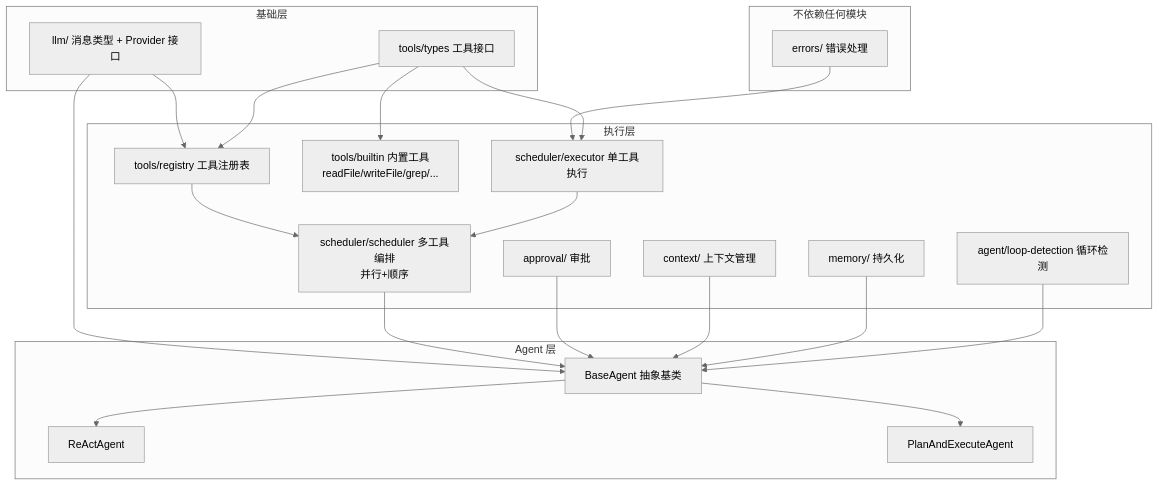
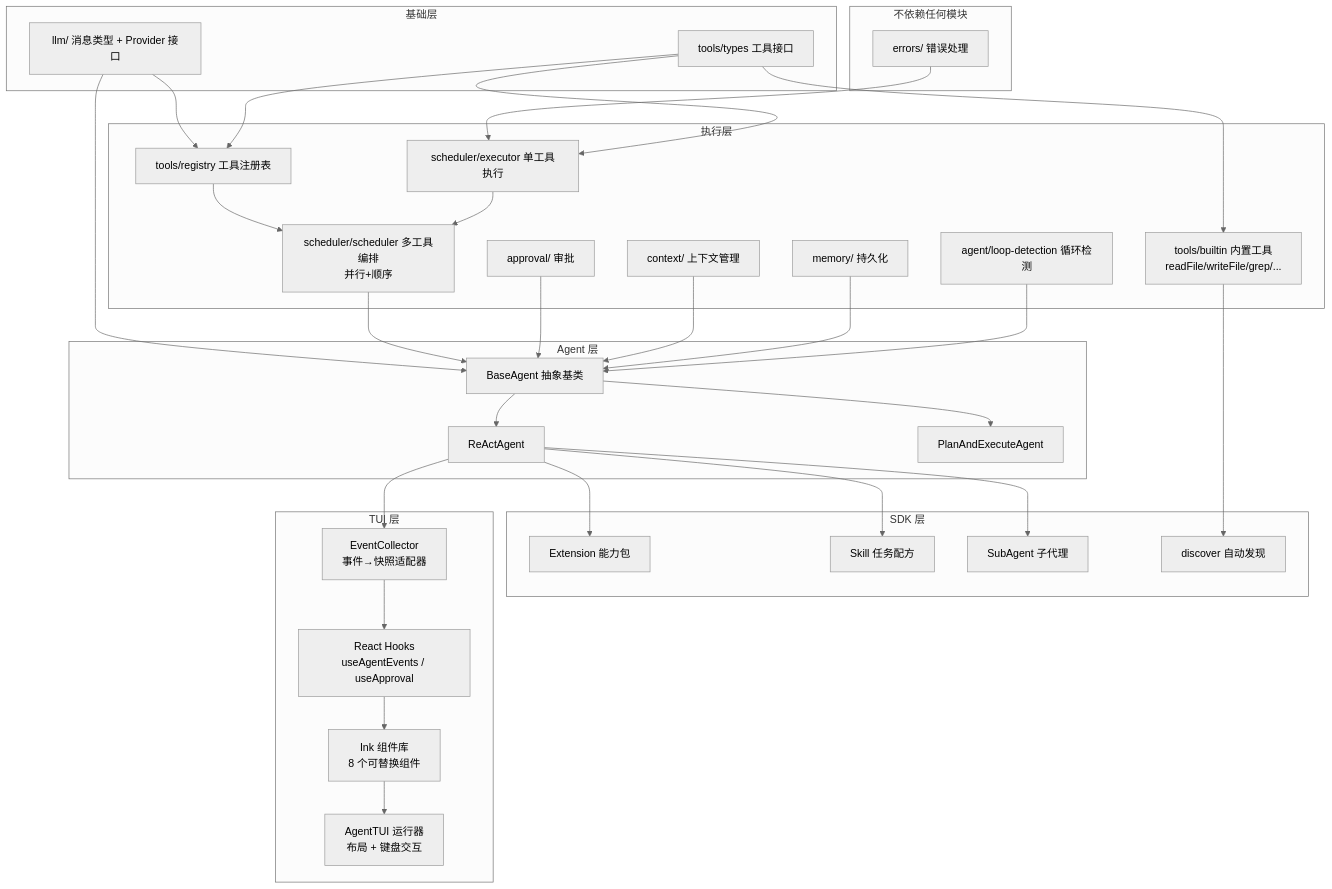
One commit to sssssssh/agent-tea changed the diagram in docs/01-overview.md. Above: the diagram before and after it, drawn with Mermaid (neutral theme). The commit also changed other lines of this file and 6 other files, not shown here.

Commit message:
docs: add TUI doc and update existing docs for TUI/SDK additions

````diff
--- a/docs/01-overview.md
+++ b/docs/01-overview.md
@@ -173,44 +213,68 @@
 ```mermaid
 graph TD
     subgraph 不依赖任何模块
         ERR[errors/ 错误处理]
     end
 
     subgraph 基础层
         LLM[llm/ 消息类型 + Provider 接口]
         TOOL_T[tools/types 工具接口]
     end
 
     subgraph 执行层
         REG[tools/registry 工具注册表]
         BUILTIN[tools/builtin 内置工具<br/>readFile/writeFile/grep/...]
         EXEC[scheduler/executor 单工具执行]
         SCHED[scheduler/scheduler 多工具编排<br/>并行+顺序]
         APR[approval/ 审批]
         CTX[context/ 上下文管理]
         MEM[memory/ 持久化]
         LOOP[agent/loop-detection 循环检测]
     end
 
     subgraph Agent 层
         BASE[BaseAgent 抽象基类]
         REACT[ReActAgent]
         PLAN[PlanAndExecuteAgent]
     end
 
+    subgraph SDK 层
+        EXT[Extension 能力包]
+        SKILL[Skill 任务配方]
+        SUB[SubAgent 子代理]
+        DISC[discover 自动发现]
+    end
+
+    subgraph TUI 层
+        COLLECT[EventCollector<br/>事件→快照适配器]
+        HOOKS[React Hooks<br/>useAgentEvents / useApproval]
+        COMP[Ink 组件库<br/>8 个可替换组件]
+        RUNNER[AgentTUI 运行器<br/>布局 + 键盘交互]
+    end
+
     ERR --> EXEC
     LLM --> REG
     LLM --> BASE
     TOOL_T --> REG
     TOOL_T --> EXEC
     TOOL_T --> BUILTIN
     REG --> SCHED
     EXEC --> SCHED
     SCHED --> BASE
     APR --> BASE
     CTX --> BASE
     MEM --> BASE
     LOOP --> BASE
     BASE --> REACT
     BASE --> PLAN
+
+    REACT --> EXT
+    REACT --> SKILL
+    REACT --> SUB
+    BUILTIN --> DISC
+
+    REACT --> COLLECT
+    COLLECT --> HOOKS
+    HOOKS --> COMP
+    COMP --> RUNNER
 ```
````
